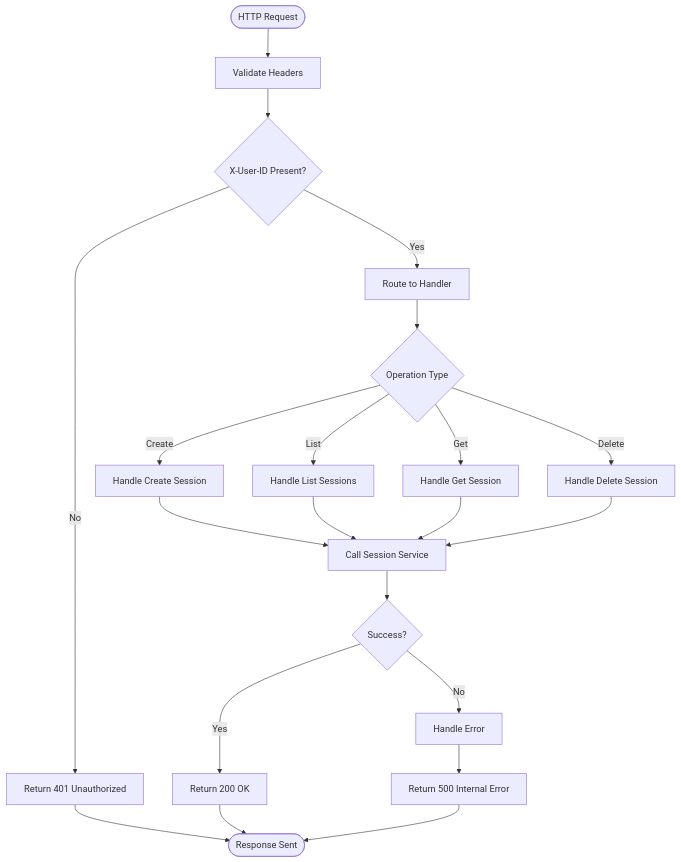
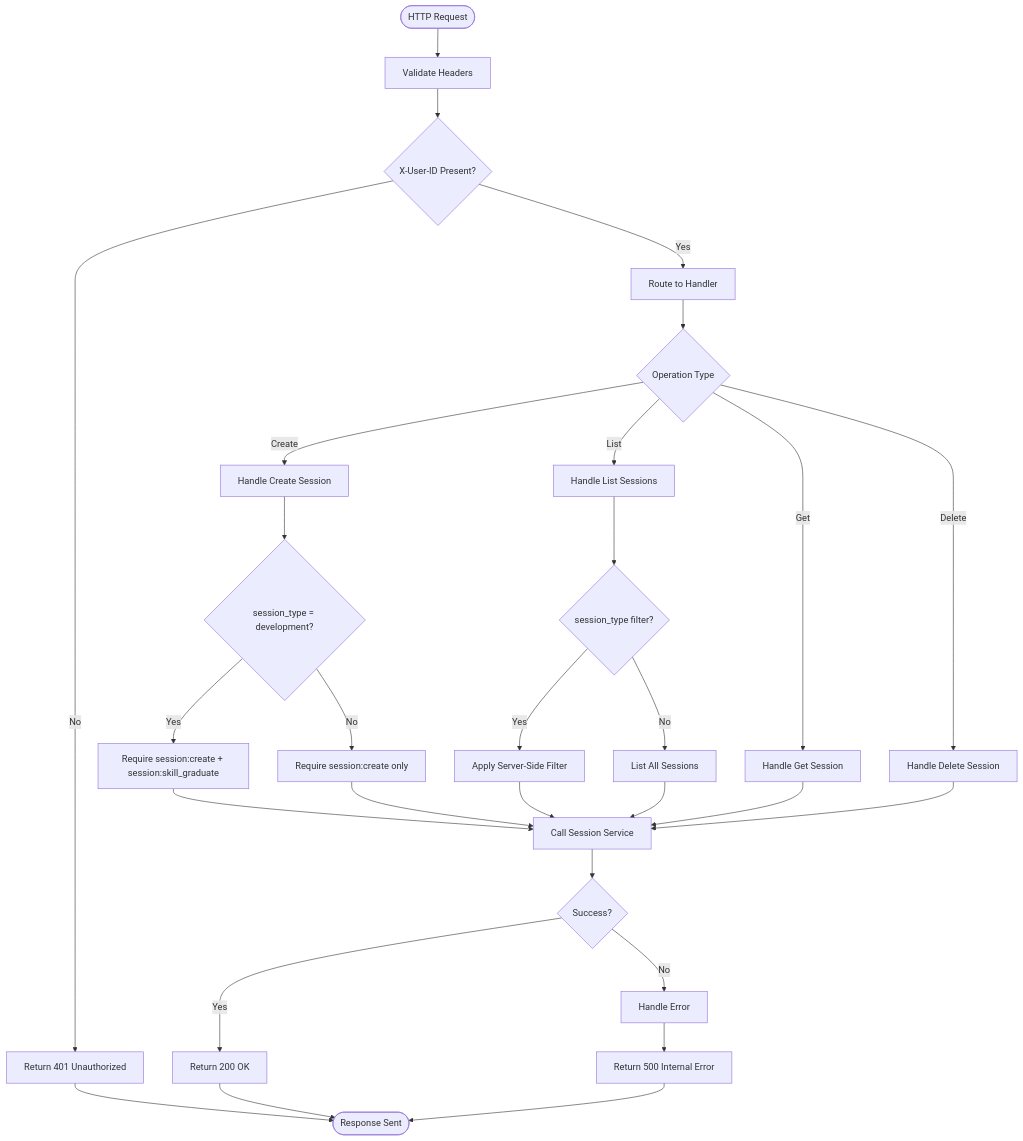
The fourth of 10 diagrams in .qoder/repowiki/en/content/API Reference/Agent Platform API/Session Management API.md (metasync/luban-aiops), drawn with Mermaid before and after one commit. The commit also changed other lines of this file and 6 other files, not shown here.

````diff
--- a/.qoder/repowiki/en/content/API Reference/Agent Platform API/Session Management API.md
+++ b/.qoder/repowiki/en/content/API Reference/Agent Platform API/Session Management API.md
@@ -205,23 +216,31 @@
 ```mermaid
 flowchart TD
 Start([HTTP Request]) --> Validate["Validate Headers"]
 Validate --> AuthCheck{"X-User-ID Present?"}
 AuthCheck --> |No| Return401["Return 401 Unauthorized"]
 AuthCheck --> |Yes| Route["Route to Handler"]
 Route --> Operation{"Operation Type"}
 Operation --> |Create| HandleCreate["Handle Create Session"]
 Operation --> |List| HandleList["Handle List Sessions"]
 Operation --> |Get| HandleGet["Handle Get Session"]
 Operation --> |Delete| HandleDelete["Handle Delete Session"]
-HandleCreate --> CallService["Call Session Service"]
-HandleList --> CallService
+HandleCreate --> CheckType{"session_type = development?"}
+CheckType --> |Yes| DualAuth["Require session:create + session:skill_graduate"]
+CheckType --> |No| SingleAuth["Require session:create only"]
+DualAuth --> CallService["Call Session Service"]
+SingleAuth --> CallService
+HandleList --> FilterType{"session_type filter?"}
+FilterType --> |Yes| ApplyFilter["Apply Server-Side Filter"]
+FilterType --> |No| ListAll["List All Sessions"]
+ApplyFilter --> CallService
+ListAll --> CallService
 HandleGet --> CallService
 HandleDelete --> CallService
 CallService --> Success{"Success?"}
 Success --> |Yes| Return200["Return 200 OK"]
 Success --> |No| HandleError["Handle Error"]
 HandleError --> Return500["Return 500 Internal Error"]
 Return200 --> End([Response Sent])
 Return401 --> End
 Return500 --> End
 ```
````
